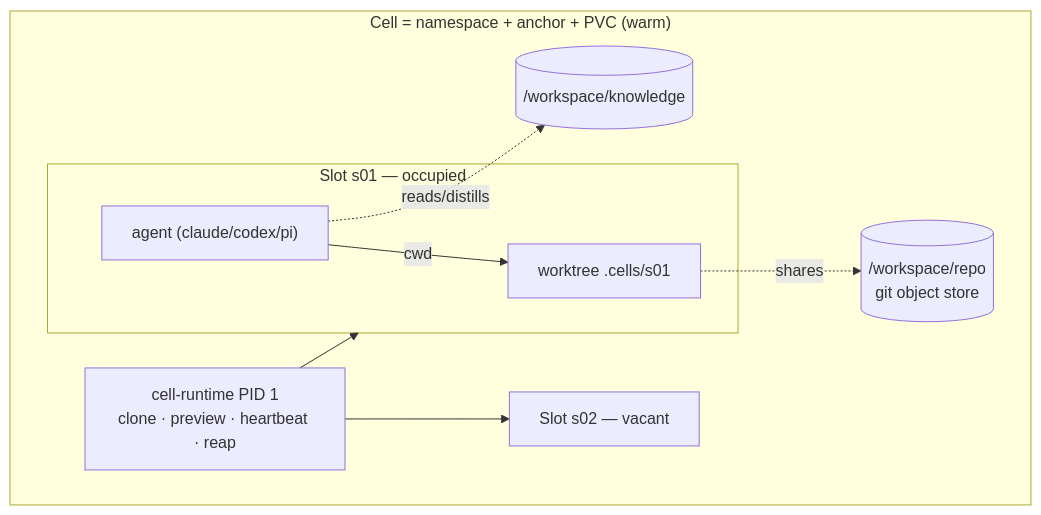
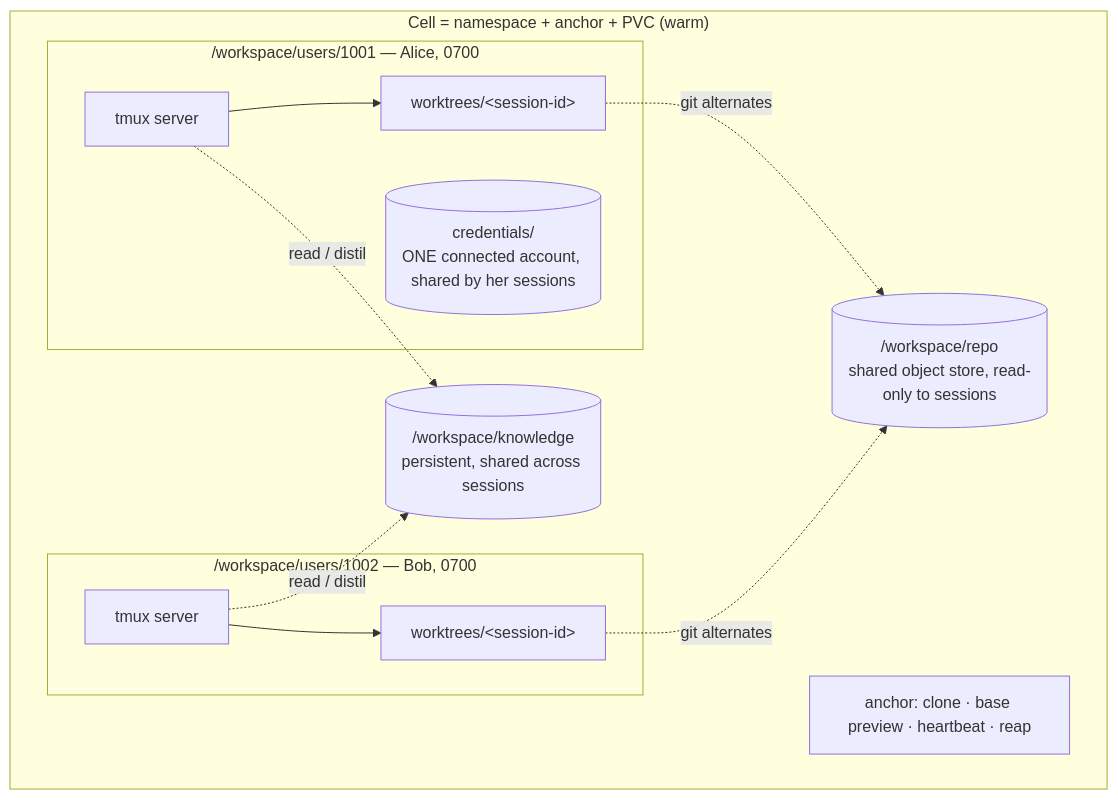
The second of 4 diagrams in docs/ARCHITECTURE.md (zippo1908/agentcell), drawn with Mermaid before and after one commit. The commit also changed other lines of this file, not shown here.

First line of the commit message:
ARCHITECTURE.md 追上现实:会话早就不是 pod 了

````diff
--- a/docs/ARCHITECTURE.md
+++ b/docs/ARCHITECTURE.md
@@ -39,17 +49,21 @@
 ```mermaid
 flowchart TB
     subgraph CELL["Cell = namespace + anchor + PVC (warm)"]
-        PID1["cell-runtime PID 1<br/>clone · preview · heartbeat · reap"]
-        OBJ[("/workspace/repo<br/>git object store")]
-        subgraph S1["Slot s01 — occupied"]
-            W1["worktree .cells/s01"]
-            A1["agent (claude/codex/pi)"]
+        ANCHOR["anchor: clone · base preview · heartbeat · reap"]
+        OBJ[("/workspace/repo<br/>shared object store, read-only to sessions")]
+        KN[("/workspace/knowledge<br/>persistent, shared across sessions")]
+        subgraph U1["/workspace/users/1001 — Alice, 0700"]
+            T1["tmux server"]
+            W1["worktrees/&lt;session-id&gt;"]
+            C1[("credentials/<br/>ONE connected account, shared by her sessions")]
         end
-        S2["Slot s02 — vacant"]
-        KN[("/workspace/knowledge")]
+        subgraph U2["/workspace/users/1002 — Bob, 0700"]
+            T2["tmux server"]
+            W2["worktrees/&lt;session-id&gt;"]
+        end
     end
-    PID1 --> S1 & S2
-    A1 -->|cwd| W1
-    W1 -.->|shares| OBJ
-    A1 -.->|reads/distills| KN
+    T1 --> W1
+    T2 --> W2
+    W1 & W2 -.->|"git alternates"| OBJ
+    T1 & T2 -.->|"read / distil"| KN
 ```
````
